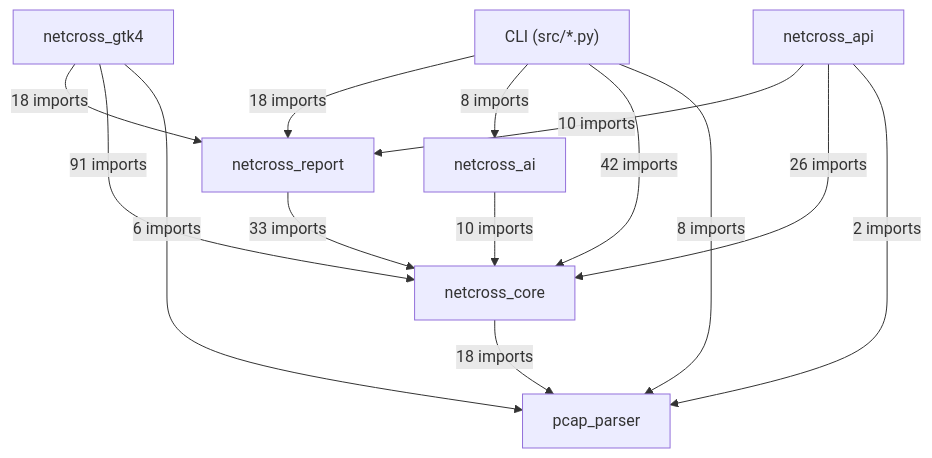
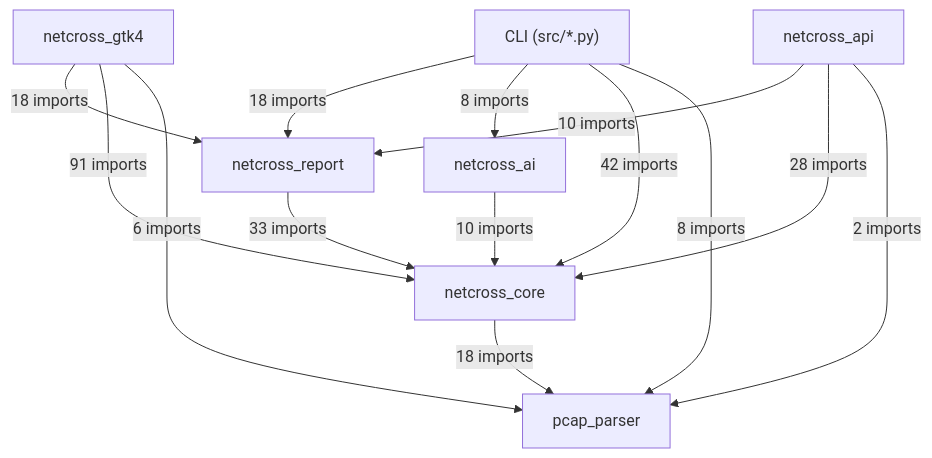
Before and after one commit to Mathide-Team/Netcross: the first of 19 diagrams in docs/class-diagram.md, drawn with Mermaid. The commit also changed other lines of this file and 7 other files, not shown here.

````diff
--- a/docs/class-diagram.md
+++ b/docs/class-diagram.md
@@ -26,23 +26,23 @@
 ```mermaid
 flowchart TD
     CLI["CLI (src/*.py)"]
     netcross_gtk4["netcross_gtk4"]
     netcross_api["netcross_api"]
     netcross_report["netcross_report"]
     netcross_ai["netcross_ai"]
     netcross_core["netcross_core"]
     pcap_parser["pcap_parser"]
     CLI -->|"18 imports"| netcross_report
     CLI -->|"8 imports"| netcross_ai
     CLI -->|"42 imports"| netcross_core
     CLI -->|"8 imports"| pcap_parser
     netcross_gtk4 -->|"18 imports"| netcross_report
     netcross_gtk4 -->|"91 imports"| netcross_core
     netcross_gtk4 -->|"6 imports"| pcap_parser
     netcross_api -->|"10 imports"| netcross_report
-    netcross_api -->|"26 imports"| netcross_core
+    netcross_api -->|"28 imports"| netcross_core
     netcross_api -->|"2 imports"| pcap_parser
     netcross_report -->|"33 imports"| netcross_core
     netcross_ai -->|"10 imports"| netcross_core
     netcross_core -->|"18 imports"| pcap_parser
 ```
````
